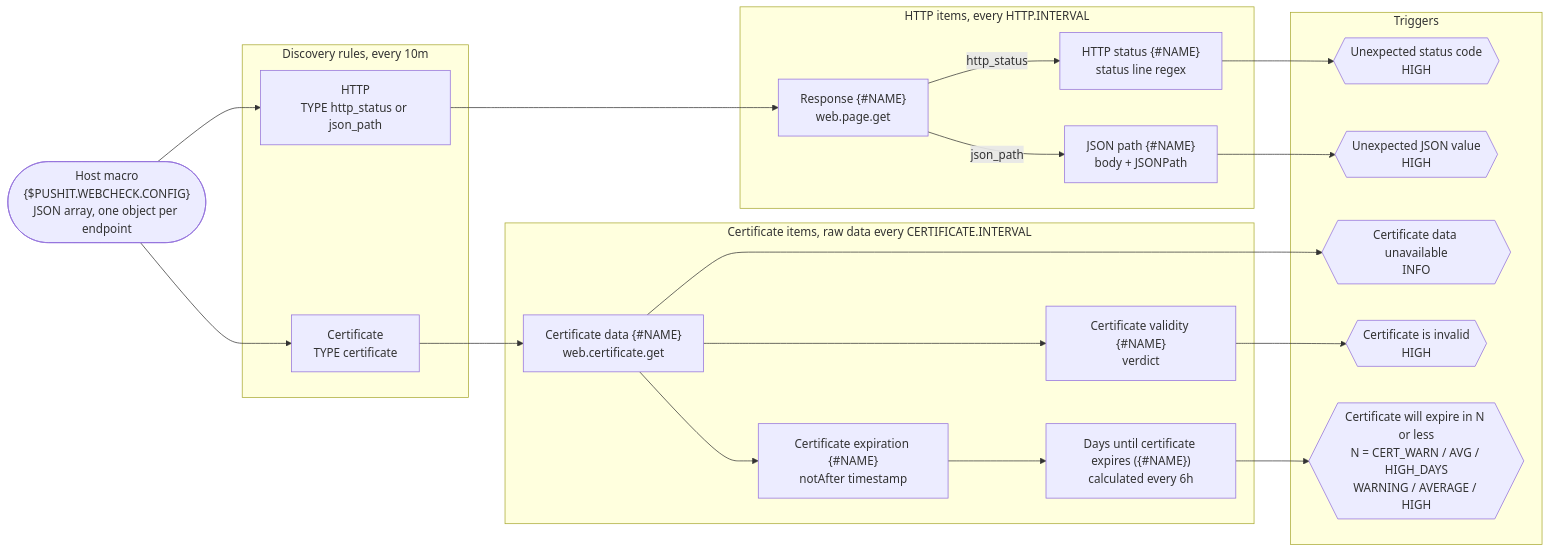
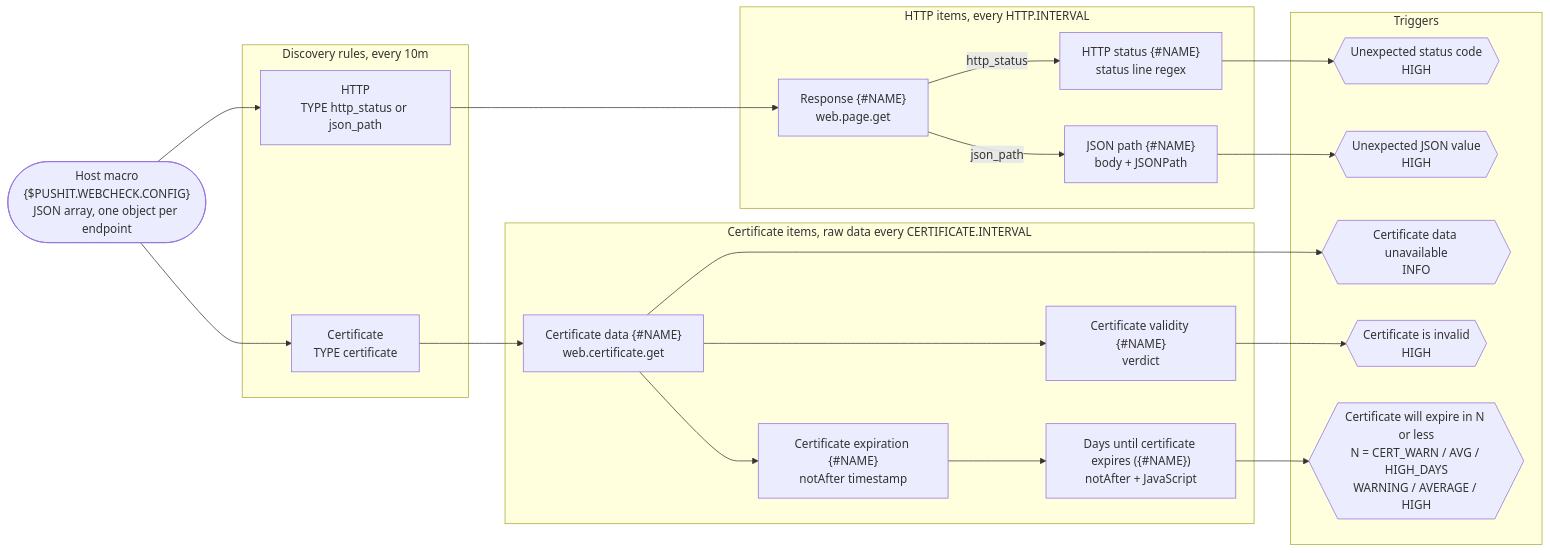
The diagram in README.md (we-push-it/zabbix-web-check), drawn with Mermaid before and after one commit. The commit also changed other lines of this file and 1 other file, not shown here.

Commit message:
make days until expiry a dependent item

````diff
--- a/README.md
+++ b/README.md
@@ -53,43 +53,43 @@
 ```mermaid
 flowchart LR
     CFG(["Host macro<br/>{$PUSHIT.WEBCHECK.CONFIG}<br/>JSON array, one object per endpoint"])
 
     subgraph LLD ["Discovery rules, every 10m"]
         DH["HTTP<br/>TYPE http_status or json_path"]
         DC["Certificate<br/>TYPE certificate"]
     end
 
     subgraph HI ["HTTP items, every HTTP.INTERVAL"]
         RAW["Response {#NAME}<br/>web.page.get"]
         ST["HTTP status {#NAME}<br/>status line regex"]
         JP["JSON path {#NAME}<br/>body + JSONPath"]
     end
 
     subgraph CI ["Certificate items, raw data every CERTIFICATE.INTERVAL"]
         CRAW["Certificate data {#NAME}<br/>web.certificate.get"]
         NA["Certificate expiration {#NAME}<br/>notAfter timestamp"]
         VAL["Certificate validity {#NAME}<br/>verdict"]
-        DAYS["Days until certificate expires ({#NAME})<br/>calculated every 6h"]
+        DAYS["Days until certificate expires ({#NAME})<br/>notAfter + JavaScript"]
     end
 
     subgraph TRG ["Triggers"]
         T1{{"Unexpected status code<br/>HIGH"}}
         T2{{"Unexpected JSON value<br/>HIGH"}}
         T3{{"Certificate data unavailable<br/>INFO"}}
         T4{{"Certificate is invalid<br/>HIGH"}}
         T5{{"Certificate will expire in N or less<br/>N = CERT_WARN / AVG / HIGH_DAYS<br/>WARNING / AVERAGE / HIGH"}}
     end
 
     CFG --> DH & DC
     DH --> RAW
     RAW -->|http_status| ST
     RAW -->|json_path| JP
     DC --> CRAW
     CRAW --> NA & VAL
     NA --> DAYS
     ST --> T1
     JP --> T2
     CRAW --> T3
     VAL --> T4
     DAYS --> T5
 ```
````
